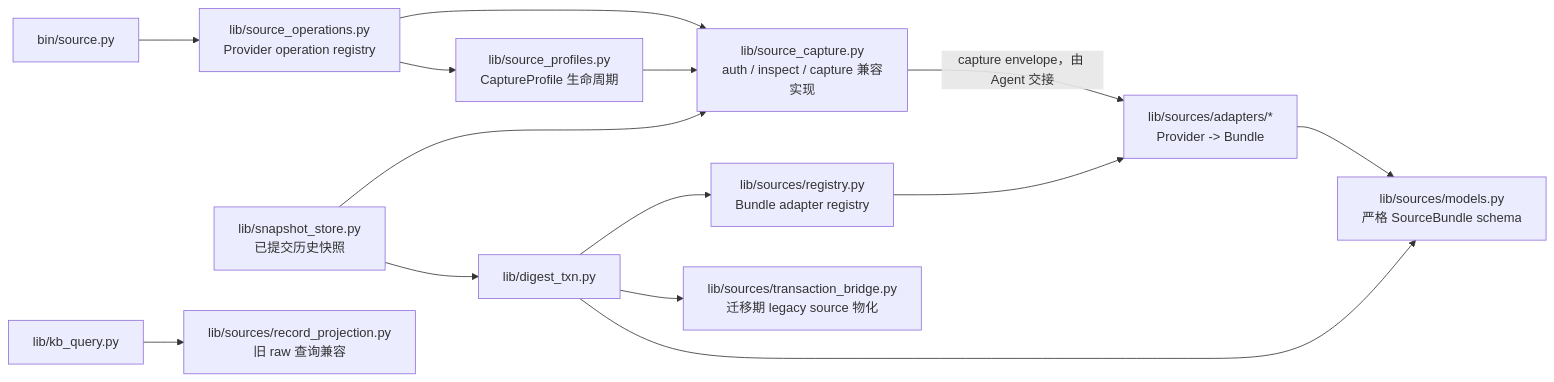
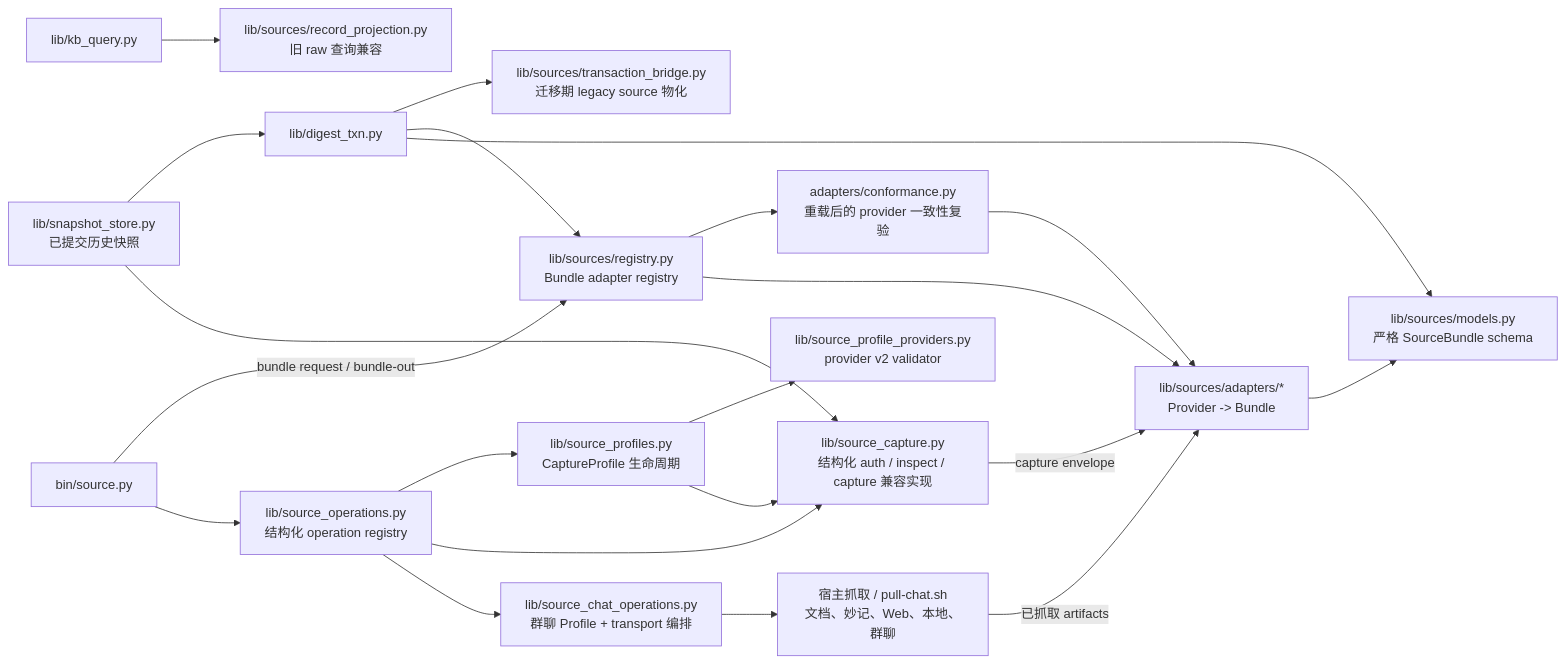
Before and after one commit to ranjiao/byteworker: diagram 13 of 18 in ARCHITECTURE.md, drawn with Mermaid. The commit also changed other lines of this file and 42 other files, not shown here.

````diff
--- a/ARCHITECTURE.md
+++ b/ARCHITECTURE.md
@@ -481,29 +488,40 @@
 ```mermaid
 flowchart LR
     CLI["bin/source.py"]
-    OPS["lib/source_operations.py<br/>Provider operation registry"]
-    CAP["lib/source_capture.py<br/>auth / inspect / capture 兼容实现"]
+    OPS["lib/source_operations.py<br/>结构化 operation registry"]
+    CHATOPS["lib/source_chat_operations.py<br/>群聊 Profile + transport 编排"]
+    CAP["lib/source_capture.py<br/>结构化 auth / inspect / capture 兼容实现"]
+    HOST["宿主抓取 / pull-chat.sh<br/>文档、妙记、Web、本地、群聊"]
     PROF["lib/source_profiles.py<br/>CaptureProfile 生命周期"]
+    PROFV["lib/source_profile_providers.py<br/>provider v2 validator"]
     ADP["lib/sources/adapters/*<br/>Provider -> Bundle"]
+    CONF["adapters/conformance.py<br/>重载后的 provider 一致性复验"]
     MODEL["lib/sources/models.py<br/>严格 SourceBundle schema"]
     REG["lib/sources/registry.py<br/>Bundle adapter registry"]
     BRIDGE["lib/sources/transaction_bridge.py<br/>迁移期 legacy source 物化"]
     SNAP["lib/snapshot_store.py<br/>已提交历史快照"]
     PROJ["lib/sources/record_projection.py<br/>旧 raw 查询兼容"]
     TXN["lib/digest_txn.py"]
     QUERY["lib/kb_query.py"]
 
     CLI --> OPS
+    OPS --> CHATOPS
     OPS --> CAP
     OPS --> PROF
+    CHATOPS --> HOST
     PROF --> CAP
-    CAP -->|"capture envelope，由 Agent 交接"| ADP
+    PROF --> PROFV
+    CAP -->|"capture envelope"| ADP
+    HOST -->|"已抓取 artifacts"| ADP
+    CLI -->|"bundle request / bundle-out"| REG
     REG --> ADP
     ADP --> MODEL
+    REG --> CONF
+    CONF --> ADP
     TXN --> MODEL
     TXN --> REG
     TXN --> BRIDGE
     SNAP --> CAP
     SNAP --> TXN
     QUERY --> PROJ
 ```
````
